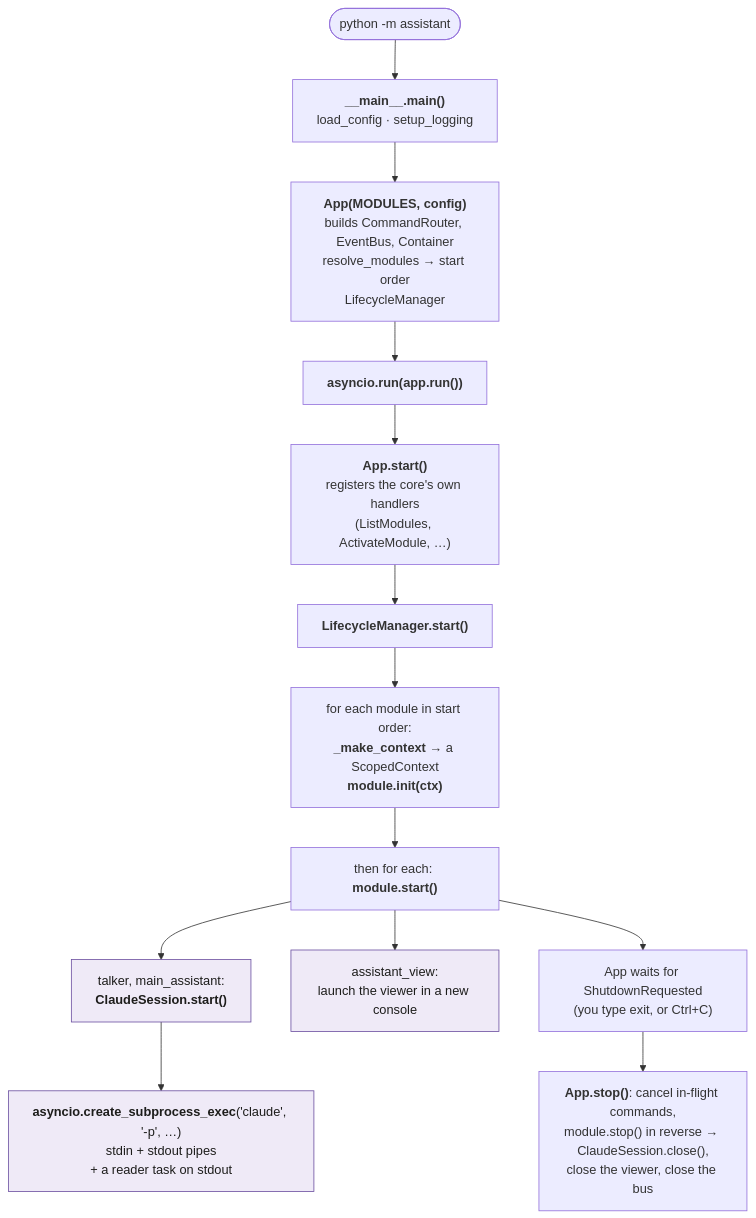
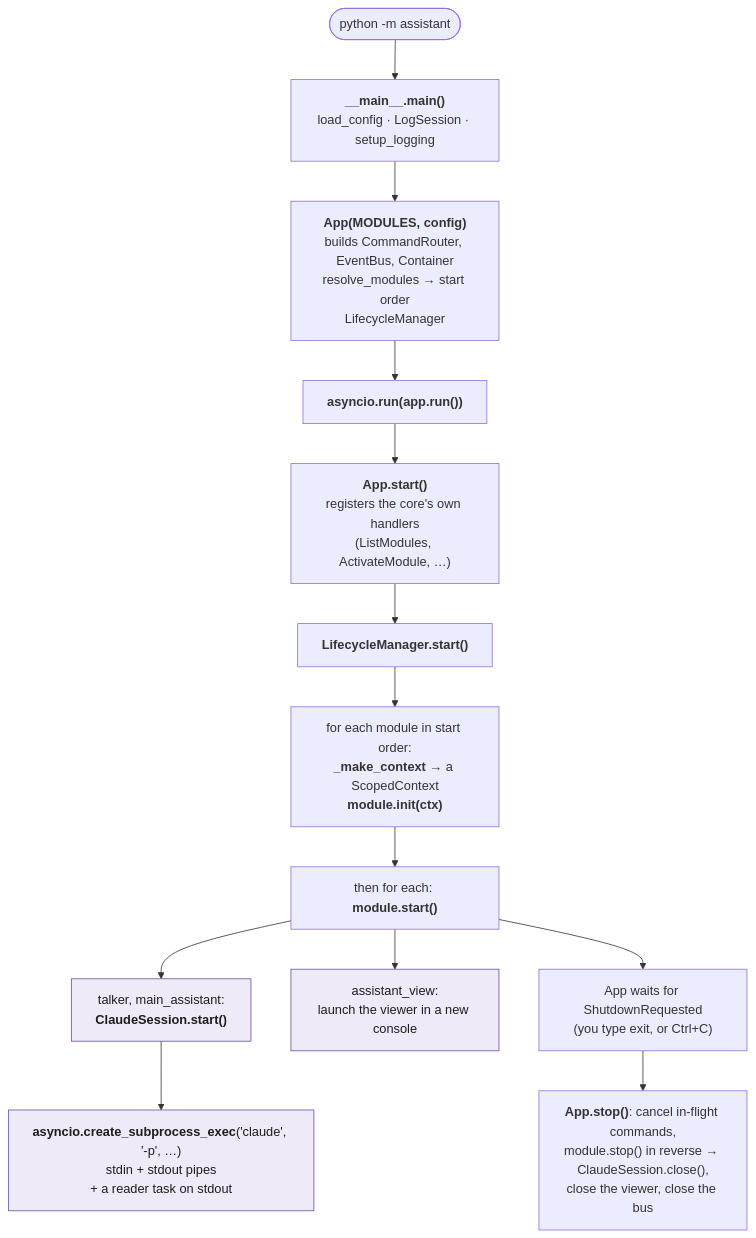
One commit to sharramon/AI_Assistant changed the third of 11 diagrams in docs/agents/runtime.md. Above: the diagram before and after it, drawn with Mermaid. The commit also changed other lines of this file and 51 other files, not shown here.

````diff
--- a/docs/agents/runtime.md
+++ b/docs/agents/runtime.md
@@ -47,18 +95,18 @@
 ```mermaid
 flowchart TB
-    Run(["python -m assistant"]) --> Main["<b>__main__.main()</b><br/>load_config · setup_logging"]
+    Run(["python -m assistant"]) --> Main["<b>__main__.main()</b><br/>load_config · LogSession · setup_logging"]
     Main --> AppNew["<b>App(MODULES, config)</b><br/>builds CommandRouter, EventBus, Container<br/>resolve_modules → start order<br/>LifecycleManager"]
     AppNew --> AppRun["<b>asyncio.run(app.run())</b>"]
     AppRun --> AppStart["<b>App.start()</b><br/>registers the core's own handlers<br/>(ListModules, ActivateModule, …)"]
     AppStart --> LStart["<b>LifecycleManager.start()</b>"]
     LStart --> Ctx["for each module in start order:<br/><b>_make_context</b> → a ScopedContext<br/><b>module.init(ctx)</b>"]
     Ctx --> Start["then for each: <b>module.start()</b>"]
     Start --> CS["talker, main_assistant:<br/><b>ClaudeSession.start()</b>"]
     Start --> VS["assistant_view:<br/>launch the viewer in a new console"]
     CS --> Spawn["<b>asyncio.create_subprocess_exec</b>('claude', '-p', …)<br/>stdin + stdout pipes<br/>+ a reader task on stdout"]
     Start --> Wait["App waits for ShutdownRequested<br/>(you type exit, or Ctrl+C)"]
     Wait --> Stop["<b>App.stop()</b>: cancel in-flight commands,<br/>module.stop() in reverse → ClaudeSession.close(),<br/>close the viewer, close the bus"]
 
     classDef new fill:#efeaf7,stroke:#6b4fa0,color:#1d1d1b
     class CS,VS,Spawn new
 ```
````
